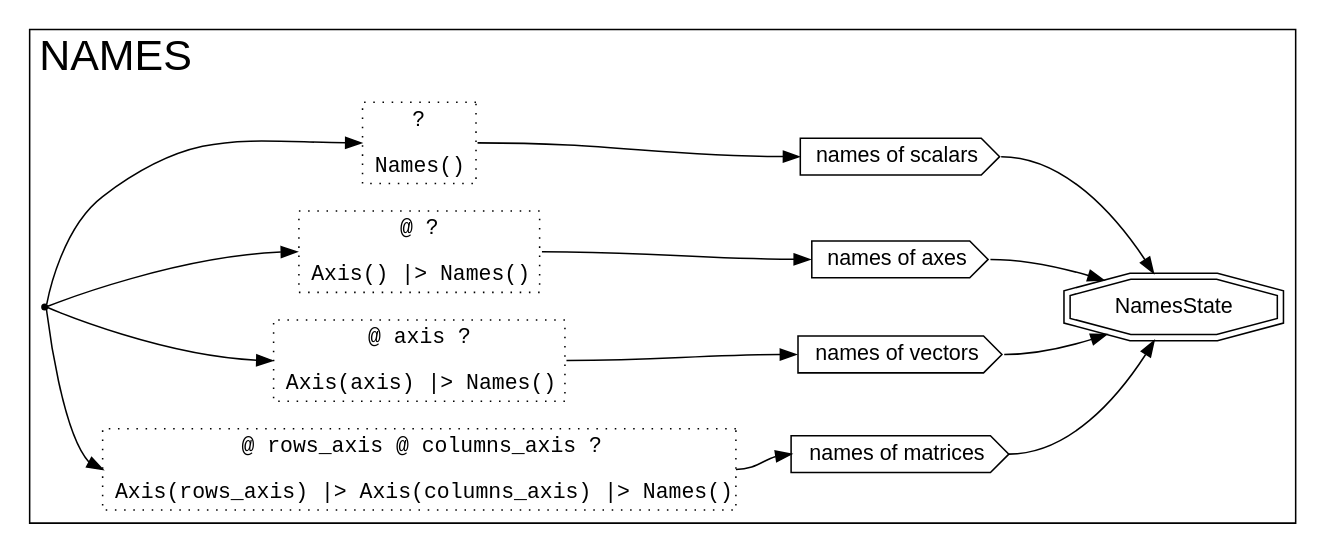
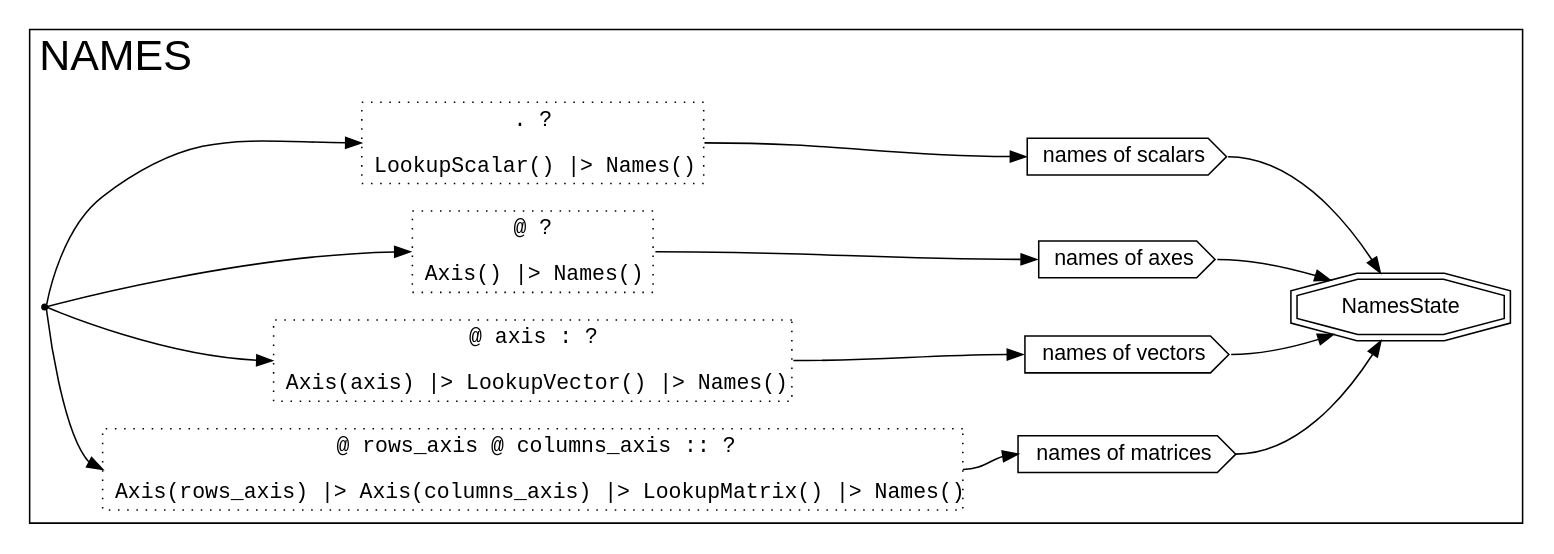
The diagram in docs/v0.1.2/dots/names.dot (tanaylab/DataAxesFormats.jl), drawn with Graphviz before and after one commit. The commit also changed 10 other files, not shown here.

```diff
--- a/docs/v0.1.2/dots/names.dot
+++ b/docs/v0.1.2/dots/names.dot
@@ -1,49 +1,49 @@
 digraph {
 rankdir = LR
 concentrate = true
 node [ shape = box, fontname = "Sans-Serif" ]
 fontname = "Sans-Serif"
 fontsize = 28
 labeljust = "l"
 
 subgraph cluster_all {
 label = "NAMES"
 
 "EMPTY" [ shape = point ]
 
 "NamesState" [ shape = doubleoctagon ]
 
 "N1" [ style = dotted, fontname = "Courier", label = <
-@ rows_axis @ columns_axis ?<br/>&nbsp;<br/>Axis(rows_axis) |&gt; Axis(columns_axis) |&gt; Names()
+@ rows_axis @ columns_axis :: ?<br/>&nbsp;<br/>Axis(rows_axis) |&gt; Axis(columns_axis) |&gt; LookupMatrix() |&gt; Names()
 > ]
 "N1_" [ shape = cds, label = "names of matrices&nbsp;" ]
 "N1":e -> "N1_":w
 "N1_":e -> "NamesState"
 
 "N2" [ style = dotted, fontname = "Courier", label = <
-@ axis ?<br/>&nbsp;<br/>Axis(axis) |&gt; Names()
+@ axis : ?<br/>&nbsp;<br/>Axis(axis) |&gt; LookupVector() |&gt; Names()
 > ]
 "N2_" [ shape = cds, label = "names of vectors&nbsp;" ]
 "N2":e -> "N2_":w
 "N2_":e -> "NamesState"
 
 "N3" [ style = dotted, fontname = "Courier", label = <
 @ ?<br/>&nbsp;<br/>Axis() |&gt; Names()
 > ]
 "N3_" [ shape = cds, label = "names of axes&nbsp;" ]
 "N3":e -> "N3_":w
 "N3_":e -> "NamesState"
 
 "N4" [ style = dotted, fontname = "Courier", label = <
-?<br/>&nbsp;<br/>Names()
+. ?<br/>&nbsp;<br/>LookupScalar() |&gt; Names()
 > ]
 "N4_" [ shape = cds, label = "names of scalars&nbsp;" ]
 "N4":e -> "N4_":w
 "N4_":e -> "NamesState"
 }
 
 "EMPTY" -> "N1":w
 "EMPTY" -> "N2":w
 "EMPTY" -> "N3":w
 "EMPTY" -> "N4":w
 }
```
